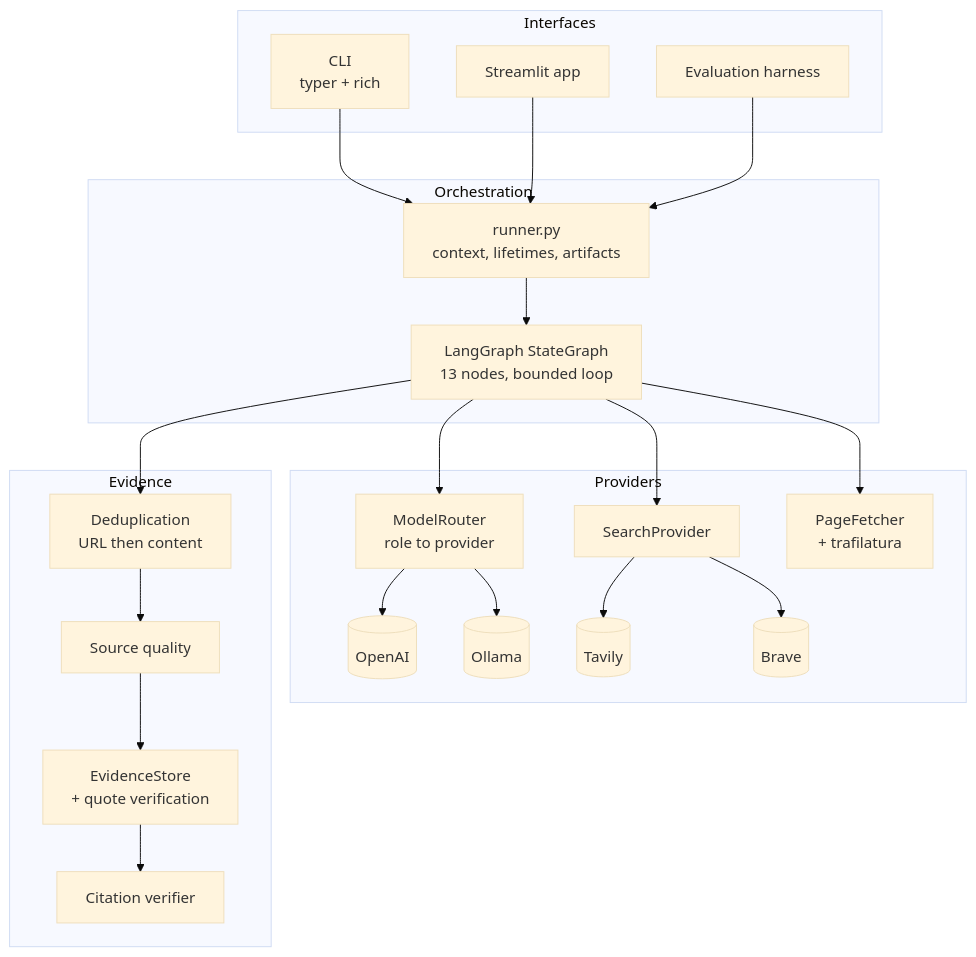
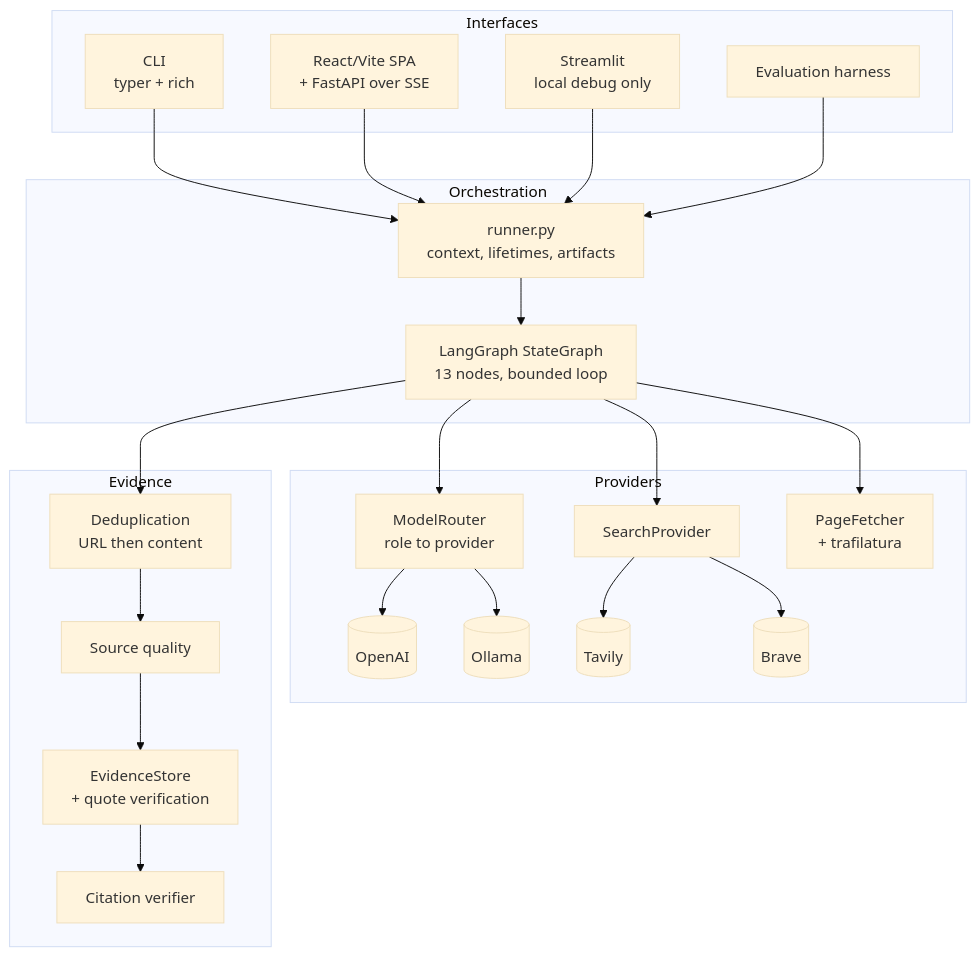
The first of 4 diagrams in docs/ARCHITECTURE.md (NirmalKumar31/agentic-research-engine), drawn with Mermaid (base theme) before and after one commit. The commit also changed other lines of this file and 2 other files, not shown here.

````diff
--- a/docs/ARCHITECTURE.md
+++ b/docs/ARCHITECTURE.md
@@ -30,43 +30,45 @@
 ```mermaid
 graph TB
     subgraph Interfaces
         CLI[CLI<br/>typer + rich]
-        UI[Streamlit app]
+        WEB[React/Vite SPA<br/>+ FastAPI over SSE]
+        UI[Streamlit<br/>local debug only]
         EV[Evaluation harness]
     end
 
     subgraph Orchestration
         RUN[runner.py<br/>context, lifetimes, artifacts]
         GRAPH[LangGraph StateGraph<br/>13 nodes, bounded loop]
     end
 
     subgraph Providers
         ROUTER[ModelRouter<br/>role to provider]
         OPENAI[(OpenAI)]
         OLLAMA[(Ollama)]
         SEARCH[SearchProvider]
         TAVILY[(Tavily)]
         BRAVE[(Brave)]
         FETCH[PageFetcher<br/>+ trafilatura]
     end
 
     subgraph Evidence
         DEDUP[Deduplication<br/>URL then content]
         QUALITY[Source quality]
         STORE[EvidenceStore<br/>+ quote verification]
         CITE[Citation verifier]
     end
 
     CLI --> RUN
+    WEB --> RUN
     UI --> RUN
     EV --> RUN
     RUN --> GRAPH
     GRAPH --> ROUTER
     GRAPH --> SEARCH
     GRAPH --> FETCH
     GRAPH --> DEDUP --> QUALITY --> STORE --> CITE
     ROUTER --> OPENAI
     ROUTER --> OLLAMA
     SEARCH --> TAVILY
     SEARCH --> BRAVE
 ```
````
